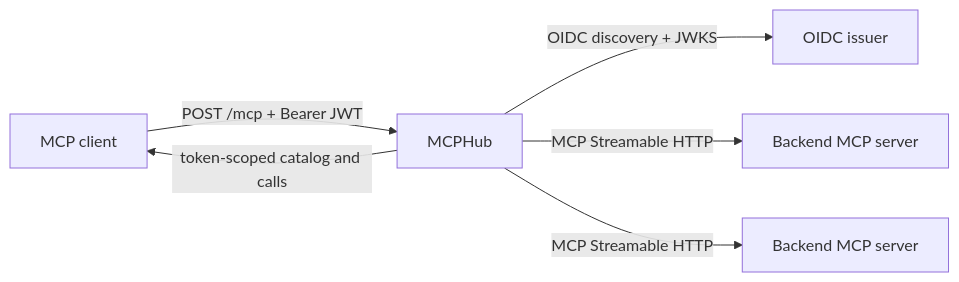
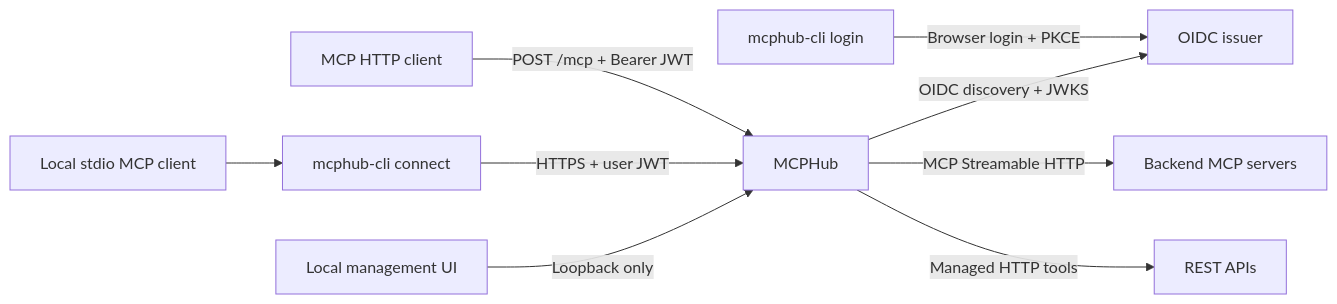
The diagram in README.md (SamuelSupe/mcphub), drawn with Mermaid before and after one commit. The commit also changed other lines of this file and 30 other files, not shown here.

````diff
--- a/README.md
+++ b/README.md
@@ -16,8 +16,11 @@
 ```mermaid
 flowchart LR
-    C[MCP client] -->|POST /mcp + Bearer JWT| H[MCPHub]
-    H -->|OIDC discovery + JWKS| I[OIDC issuer]
-    H -->|MCP Streamable HTTP| B1[Backend MCP server]
-    H -->|MCP Streamable HTTP| B2[Backend MCP server]
-    H -->|token-scoped catalog and calls| C
+    C[MCP HTTP client] -->|POST /mcp + Bearer JWT| H[MCPHub]
+    S[Local stdio MCP client] --> CLI[mcphub-cli connect]
+    CLI -->|HTTPS + user JWT| H
+    L[mcphub-cli login] -->|Browser login + PKCE| I[OIDC issuer]
+    H -->|OIDC discovery + JWKS| I
+    H -->|MCP Streamable HTTP| B[Backend MCP servers]
+    H -->|Managed HTTP tools| A[REST APIs]
+    U[Local management UI] -->|Loopback only| H
 ```
````
